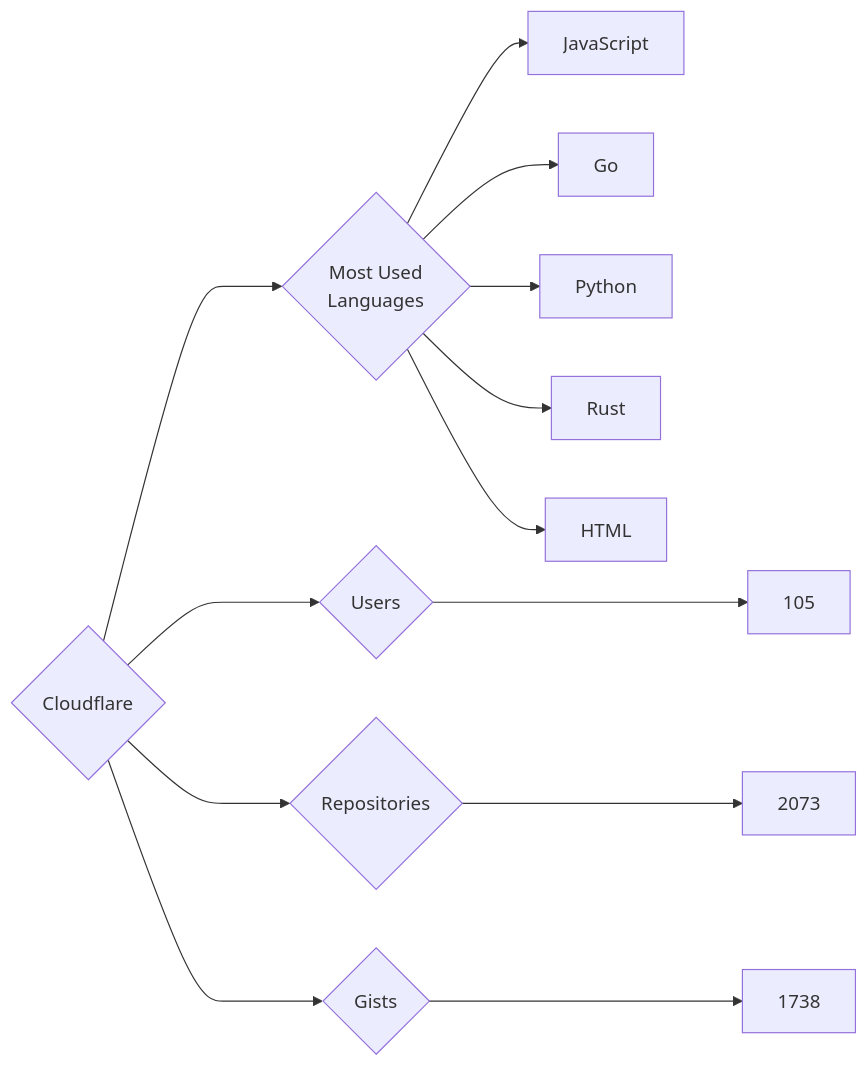
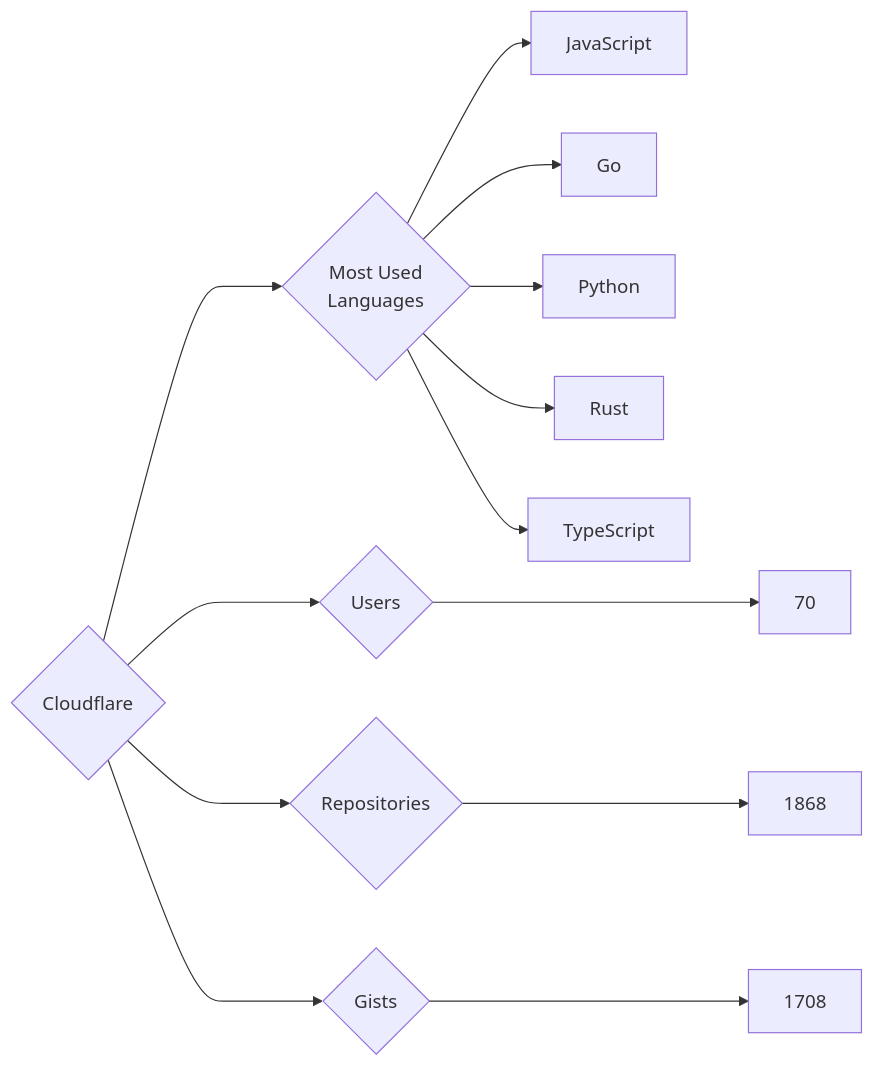
Before and after one commit to trickest/insiders: the diagram in targets/Cloudflare/README.md, drawn with Mermaid. The commit also changed 644 other files, not shown here.

````diff
--- a/targets/Cloudflare/README.md
+++ b/targets/Cloudflare/README.md
@@ -3,13 +3,13 @@
 ```mermaid
 graph LR
 COMPANY_NAME{Cloudflare}
-COMPANY_NAME ---> U{Users} ---> UN[105]
-COMPANY_NAME ---> R{Repositories} ---> RN[2073]
-COMPANY_NAME ---> G{Gists} ---> GN[1738]
+COMPANY_NAME ---> U{Users} ---> UN[70]
+COMPANY_NAME ---> R{Repositories} ---> RN[1868]
+COMPANY_NAME ---> G{Gists} ---> GN[1708]
 COMPANY_NAME ---> ML{Most Used<br>Languages}
 ML --> JavaScript[JavaScript]
 ML --> Go[Go]
 ML --> Python[Python]
 ML --> Rust[Rust]
-ML --> HTML[HTML]
+ML --> TypeScript[TypeScript]
 ```
````
